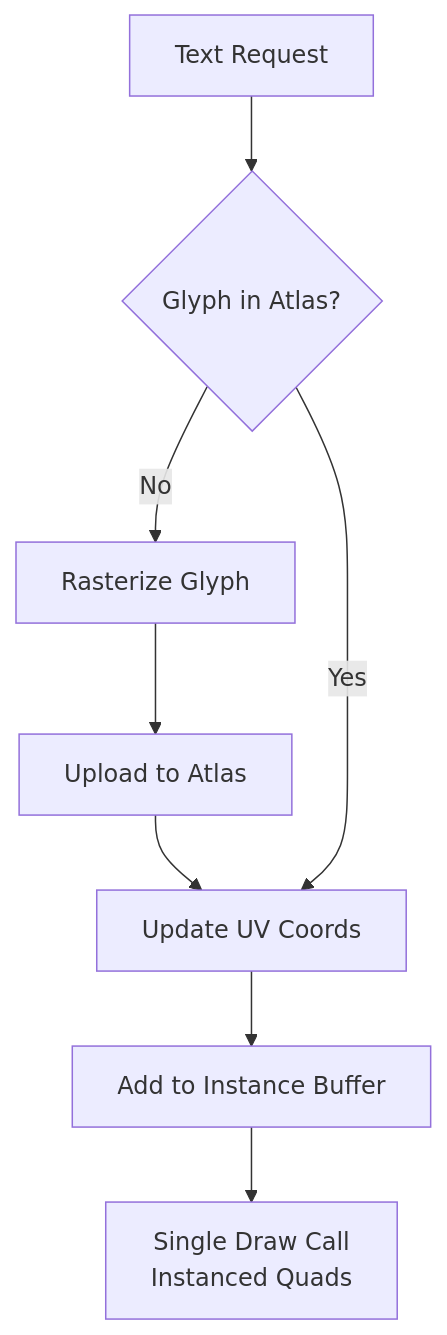
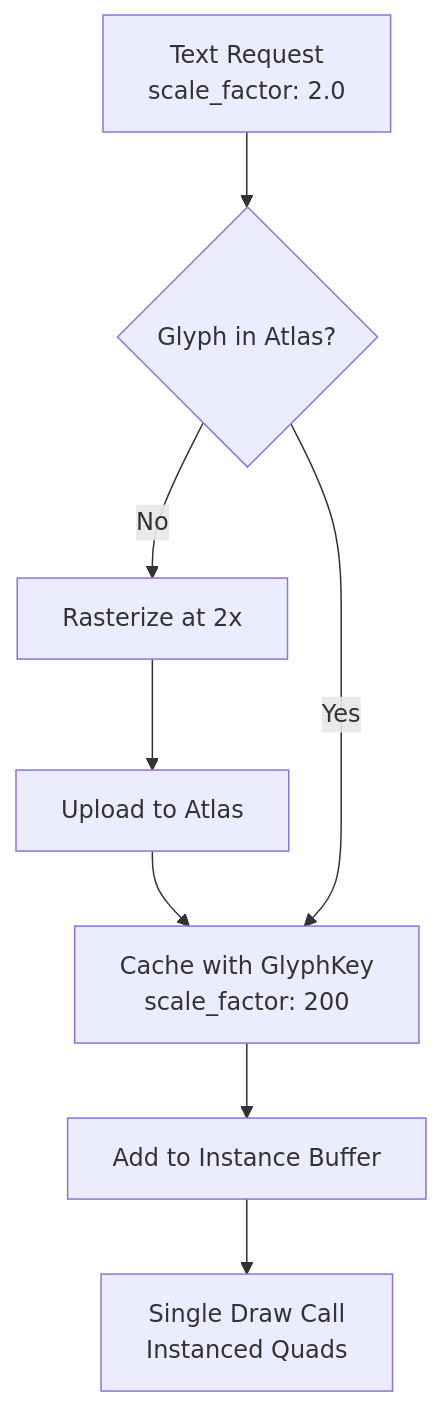
Before and after one commit to shi-yan/AssortedWidgets: the sixth of 6 diagrams in .claude/CLAUDE.md, drawn with Mermaid. The commit also changed other lines of this file and 10 other files, not shown here.

````diff
--- a/.claude/CLAUDE.md
+++ b/.claude/CLAUDE.md
@@ -280,10 +280,10 @@
 ```mermaid
 graph TD
-    A[Text Request] --> B{Glyph in Atlas?}
-    B -->|No| C[Rasterize Glyph]
+    A[Text Request<br/>scale_factor: 2.0] --> B{Glyph in Atlas?}
+    B -->|No| C[Rasterize at 2x]
     C --> D[Upload to Atlas]
-    D --> E[Update UV Coords]
+    D --> E[Cache with GlyphKey<br/>scale_factor: 200]
     B -->|Yes| E
     E --> F[Add to Instance Buffer]
     F --> G[Single Draw Call<br/>Instanced Quads]
 ```
````
